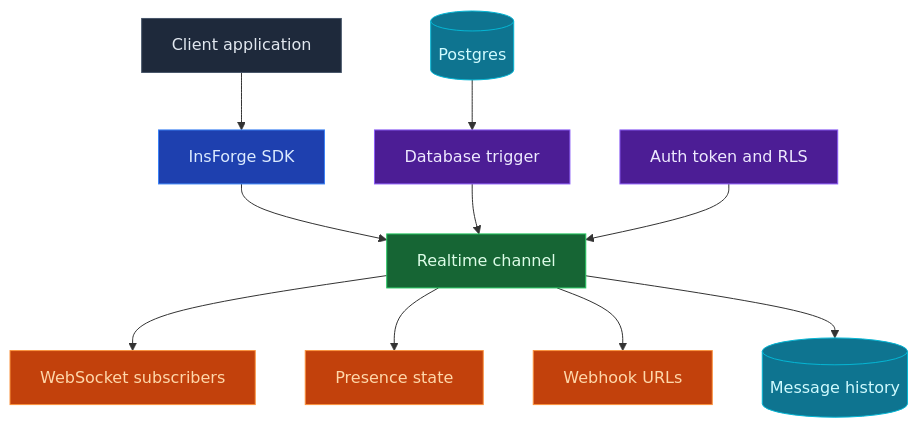
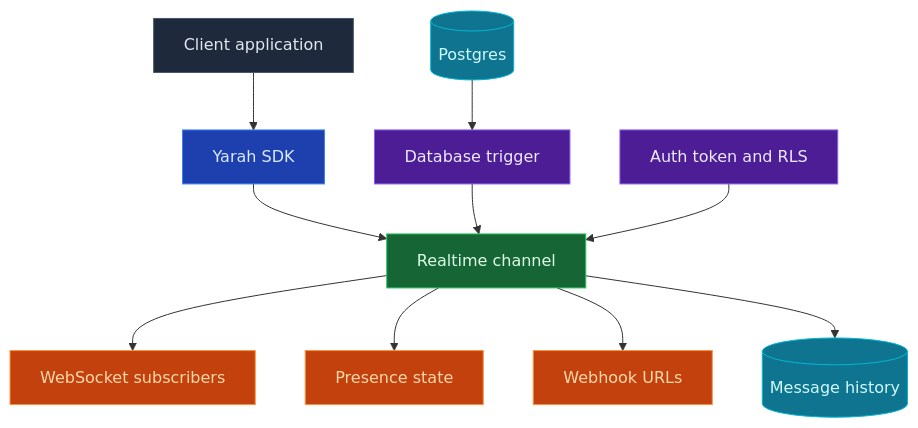
One commit to Darts7u7/Yarah-oos changed the diagram in docs/core-concepts/realtime/overview.mdx. Above: the diagram before and after it, drawn with Mermaid. The commit also changed other lines of this file and 1141 other files, not shown here.

````diff
--- a/docs/core-concepts/realtime/overview.mdx
+++ b/docs/core-concepts/realtime/overview.mdx
@@ -17,26 +17,26 @@
 ```mermaid
 graph TB
-    App[Client application] --> SDK[InsForge SDK]
+    App[Client application] --> SDK[Yarah SDK]
     SDK --> Channel[Realtime channel]
 
     Database[(Postgres)] --> Trigger[Database trigger]
     Trigger --> Channel
 
     Channel --> WebSocket[WebSocket subscribers]
     Channel --> Presence[Presence state]
     Channel --> Webhook[Webhook URLs]
     Channel --> History[(Message history)]
 
     Auth[Auth token and RLS] --> Channel
 
     style App fill:#1e293b,stroke:#475569,color:#e2e8f0
     style SDK fill:#1e40af,stroke:#3b82f6,color:#dbeafe
     style Channel fill:#166534,stroke:#22c55e,color:#dcfce7
     style Database fill:#0e7490,stroke:#06b6d4,color:#cffafe
     style Trigger fill:#4c1d95,stroke:#8b5cf6,color:#ede9fe
     style WebSocket fill:#c2410c,stroke:#fb923c,color:#fed7aa
     style Presence fill:#c2410c,stroke:#fb923c,color:#fed7aa
     style Webhook fill:#c2410c,stroke:#fb923c,color:#fed7aa
     style History fill:#0e7490,stroke:#06b6d4,color:#cffafe
     style Auth fill:#4c1d95,stroke:#8b5cf6,color:#ede9fe
 ```
````
